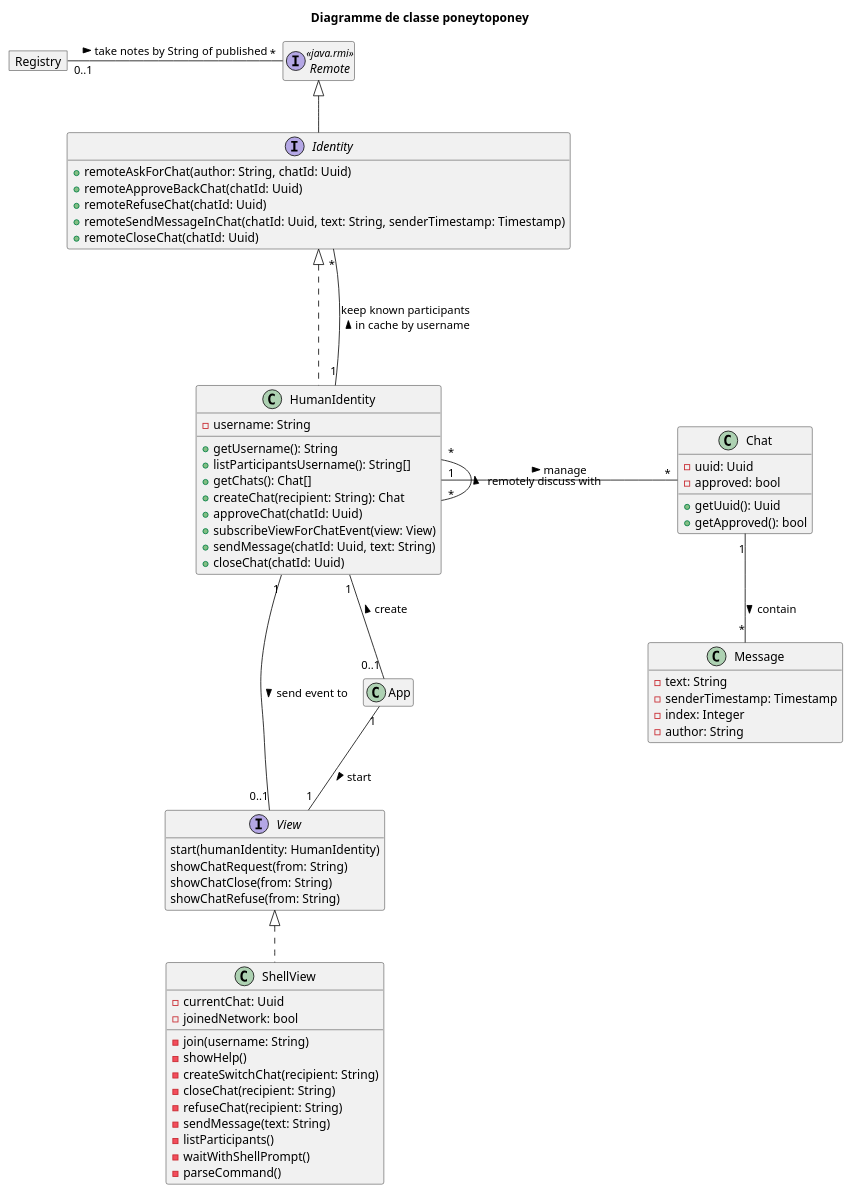
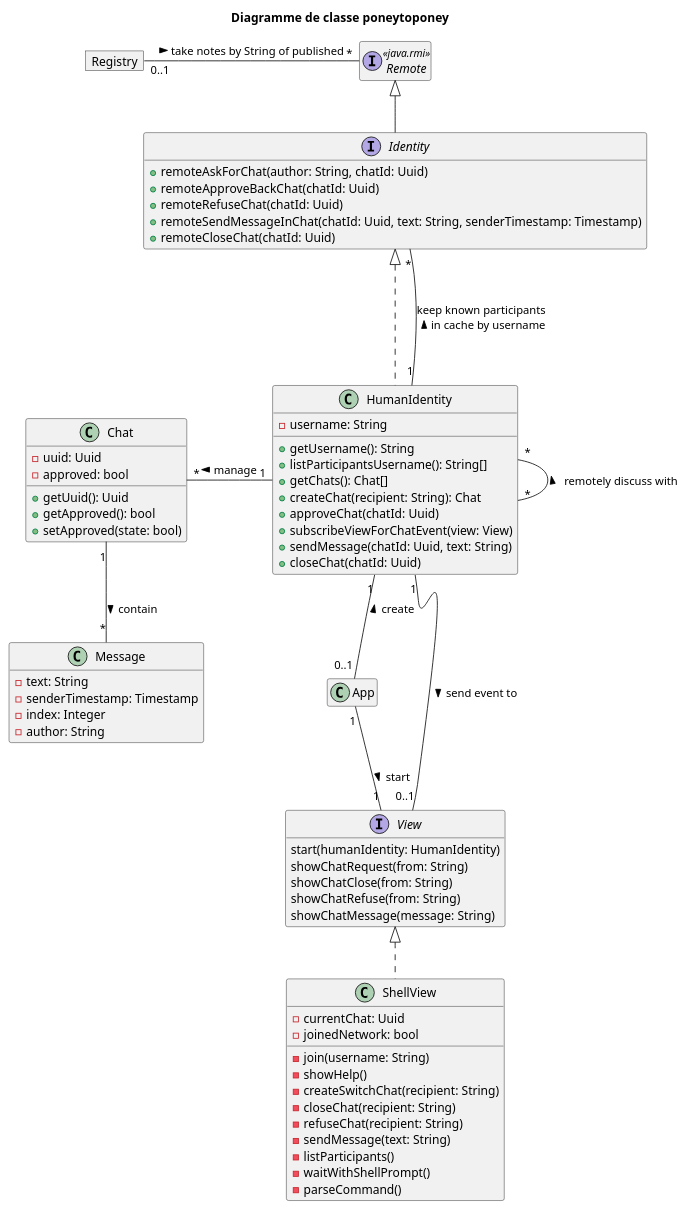
Before and after one commit to samuelroland/poneytoponey: the diagram in docs/class.puml, drawn with PlantUML. The commit also changed 1 other file, not shown here.

Commit message:
Add a few changes from code to the class diagram

```diff
--- a/docs/class.puml
+++ b/docs/class.puml
@@ -1,78 +1,80 @@
 @startuml class
 
 title "Diagramme de classe poneytoponey"
 
 hide empty members
 
 interface Remote <<java.rmi>>
 
 class App
 HumanIdentity "1"--"0..1" App: create <
 App "1"--"1" View: start >
 
 interface View {
     start(humanIdentity: HumanIdentity)
     showChatRequest(from: String)
     showChatClose(from: String)
     showChatRefuse(from: String)
+    showChatMessage(message: String)
 }
 
 class ShellView implements View {
     - currentChat: Uuid
     - joinedNetwork: bool
     - join(username: String)
     - showHelp()
     - createSwitchChat(recipient: String)
     - closeChat(recipient: String)
     - refuseChat(recipient: String)
     - sendMessage(text: String)
     - listParticipants()
     - waitWithShellPrompt()
     - parseCommand()
 }
 
 class Chat {
     -uuid: Uuid
     -approved: bool
     +getUuid(): Uuid
     +getApproved(): bool
+    +setApproved(state: bool)
 }
 
 interface Identity extends Remote {
     +remoteAskForChat(author: String, chatId: Uuid)
     +remoteApproveBackChat(chatId: Uuid)
     +remoteRefuseChat(chatId: Uuid)
     +remoteSendMessageInChat(chatId: Uuid, text: String, senderTimestamp: Timestamp)
     +remoteCloseChat(chatId: Uuid)
 }
 
 class HumanIdentity implements Identity {
     -username: String
     +getUsername(): String
     +listParticipantsUsername(): String[]
     +getChats(): Chat[]
     +createChat(recipient: String): Chat
     +approveChat(chatId: Uuid)
     +subscribeViewForChatEvent(view: View)
     +sendMessage(chatId: Uuid, text: String)
     +closeChat(chatId: Uuid)
 }
 
-HumanIdentity "1"-"*" Chat: manage >
+HumanIdentity "1"-l---"*" Chat: "     manage    >"
 HumanIdentity "*"-l-"*" HumanIdentity: remotely discuss with >
 HumanIdentity "1"-"0..1" View: send event to >
 HumanIdentity "1"-u--"*" Identity: keep known participants \nin cache by username <
 Chat "1"--"*" Message: contain >
 
 class Message {
     -text: String
     -senderTimestamp: Timestamp
     -index: Integer
     -author: String
 }
 
 object Registry
 
 Registry "0..1"-"*" Remote: take notes by String of published >
 
 @enduml
```
